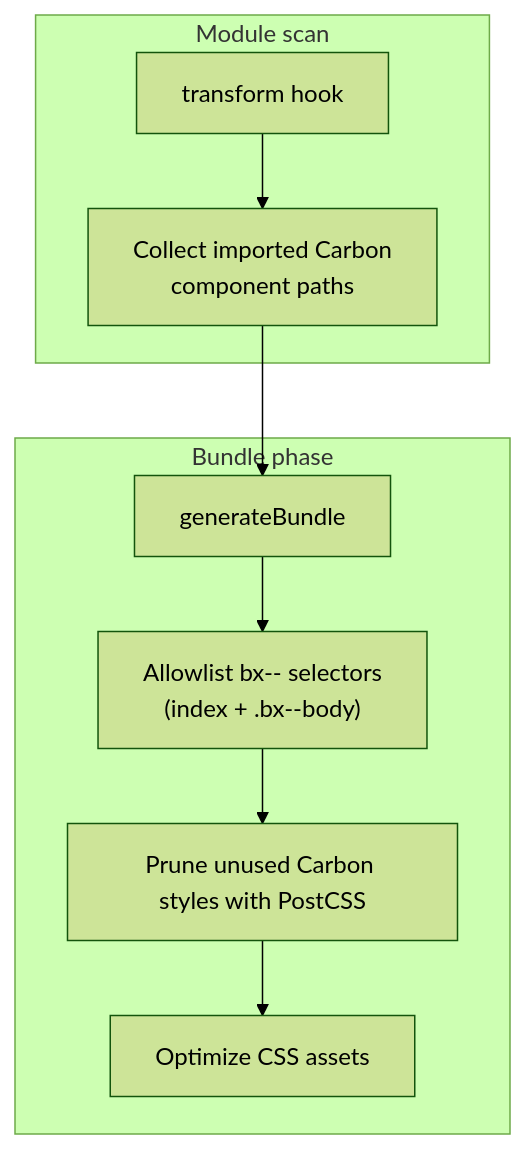
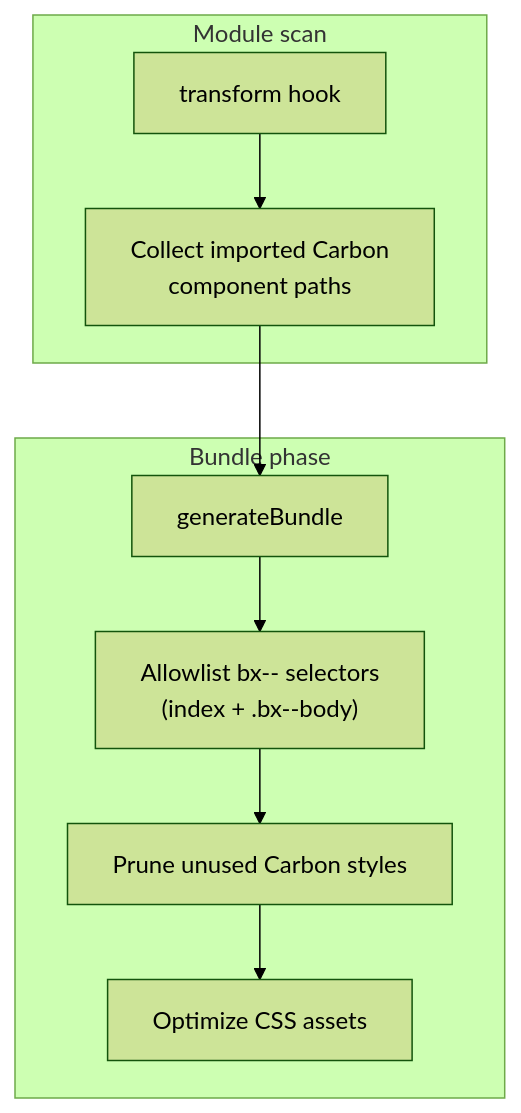
The diagram in README.md (carbon-design-system/carbon-preprocess-svelte), drawn with Mermaid (forest theme) before and after one commit. The commit also changed other lines of this file and 11 other files, not shown here.

First line of the commit message:
chore: remove PostCSS devDependencies, helpers, and parity tests

````diff
--- a/README.md
+++ b/README.md
@@ -209,16 +209,16 @@
 ```mermaid
 flowchart TB
   subgraph scan["Module scan"]
     T[transform hook] --> S["Collect imported Carbon<br/>component paths"]
   end
   subgraph emit["Bundle phase"]
     S --> G[generateBundle]
     G --> A["Allowlist bx-- selectors<br/>(index + .bx--body)"]
-    A --> P[Prune unused Carbon styles with PostCSS]
+    A --> P[Prune unused Carbon styles]
     P --> R[Optimize CSS assets]
   end
 
   class T,G hook
   class S,A data
   class P,R css
 ```
````
